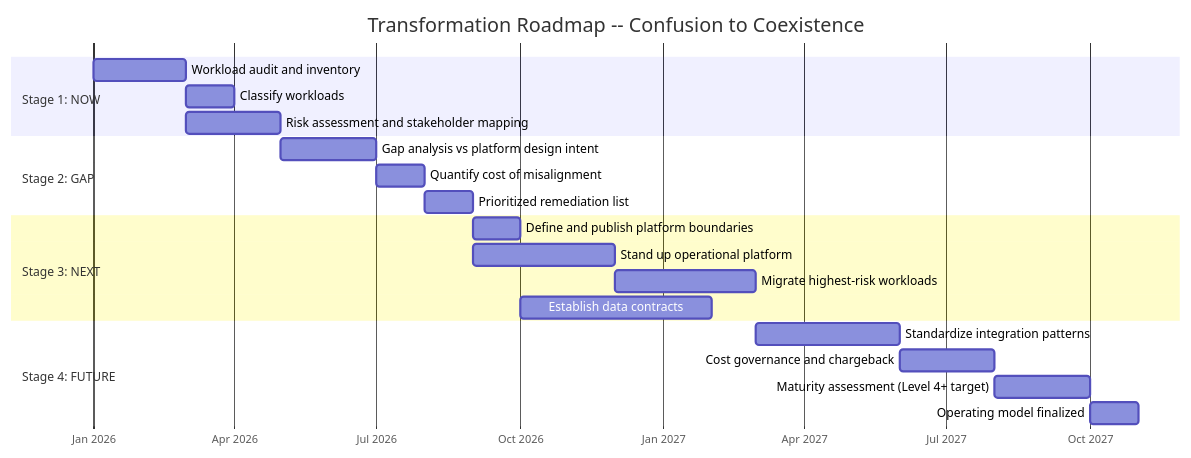
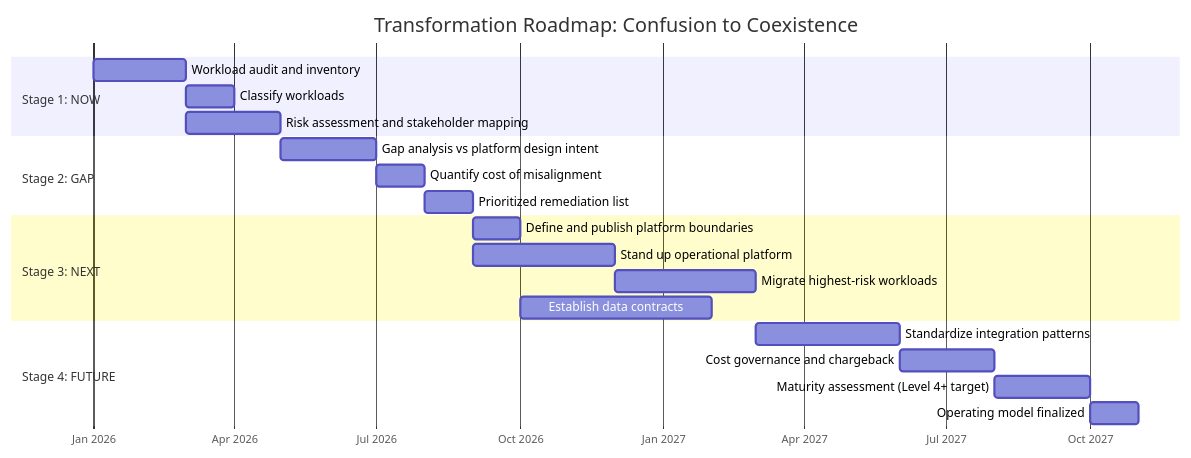
The diagram in docs/transformation/roadmap.md (sunilp/enterprise-data-architecture), drawn with Mermaid before and after one commit. The commit also changed other lines of this file and 9 other files, not shown here.

````diff
--- a/docs/transformation/roadmap.md
+++ b/docs/transformation/roadmap.md
@@ -152,28 +150,28 @@
 ```mermaid
 gantt
-    title Transformation Roadmap -- Confusion to Coexistence
+    title Transformation Roadmap: Confusion to Coexistence
     dateFormat  YYYY-MM
     axisFormat  %b %Y
 
     section Stage 1: NOW
     Workload audit and inventory           :s1a, 2026-01, 2M
     Classify workloads                     :s1b, after s1a, 1M
     Risk assessment and stakeholder mapping:s1c, after s1a, 2M
 
     section Stage 2: GAP
     Gap analysis vs platform design intent :s2a, after s1c, 2M
     Quantify cost of misalignment          :s2b, after s2a, 1M
     Prioritized remediation list           :s2c, after s2b, 1M
 
     section Stage 3: NEXT
     Define and publish platform boundaries :s3a, after s2c, 1M
     Stand up operational platform          :s3b, after s2c, 3M
     Migrate highest-risk workloads         :s3c, after s3b, 3M
     Establish data contracts               :s3d, after s3a, 4M
 
     section Stage 4: FUTURE
     Standardize integration patterns       :s4a, after s3c, 3M
     Cost governance and chargeback         :s4b, after s4a, 2M
     Maturity assessment (Level 4+ target)  :s4c, after s4b, 2M
     Operating model finalized              :s4d, after s4c, 1M
 ```
````
